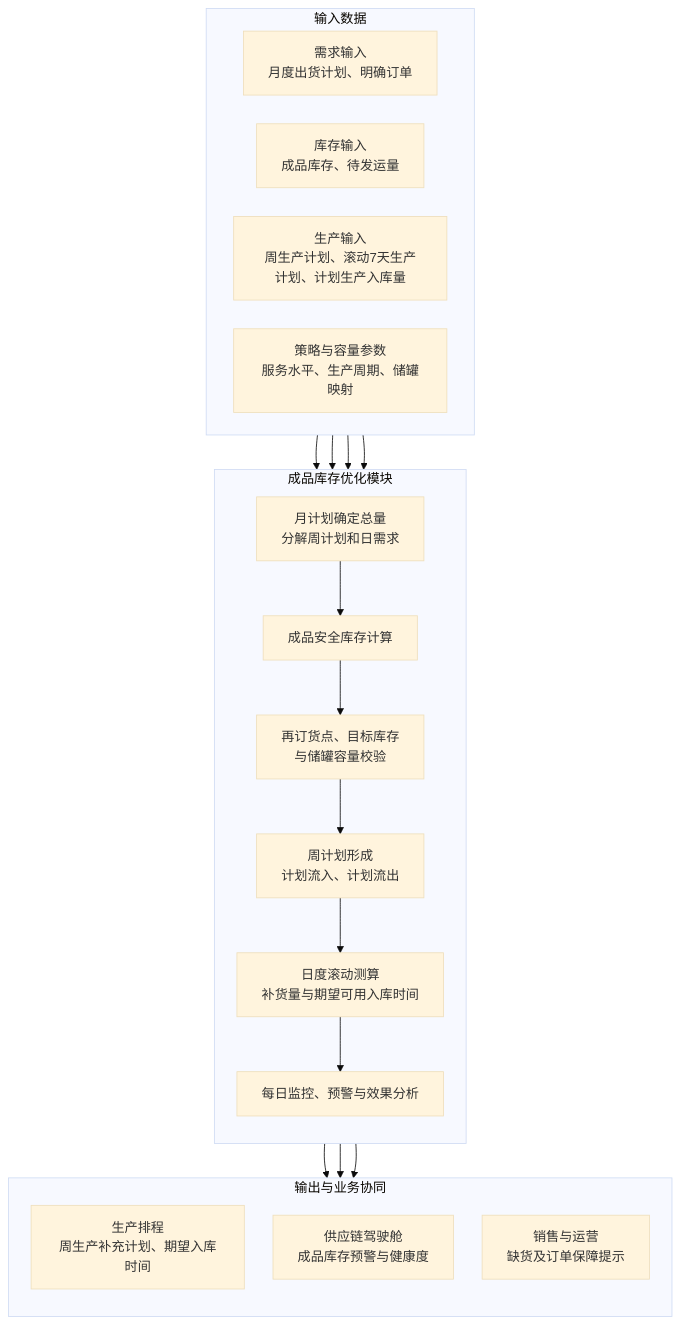
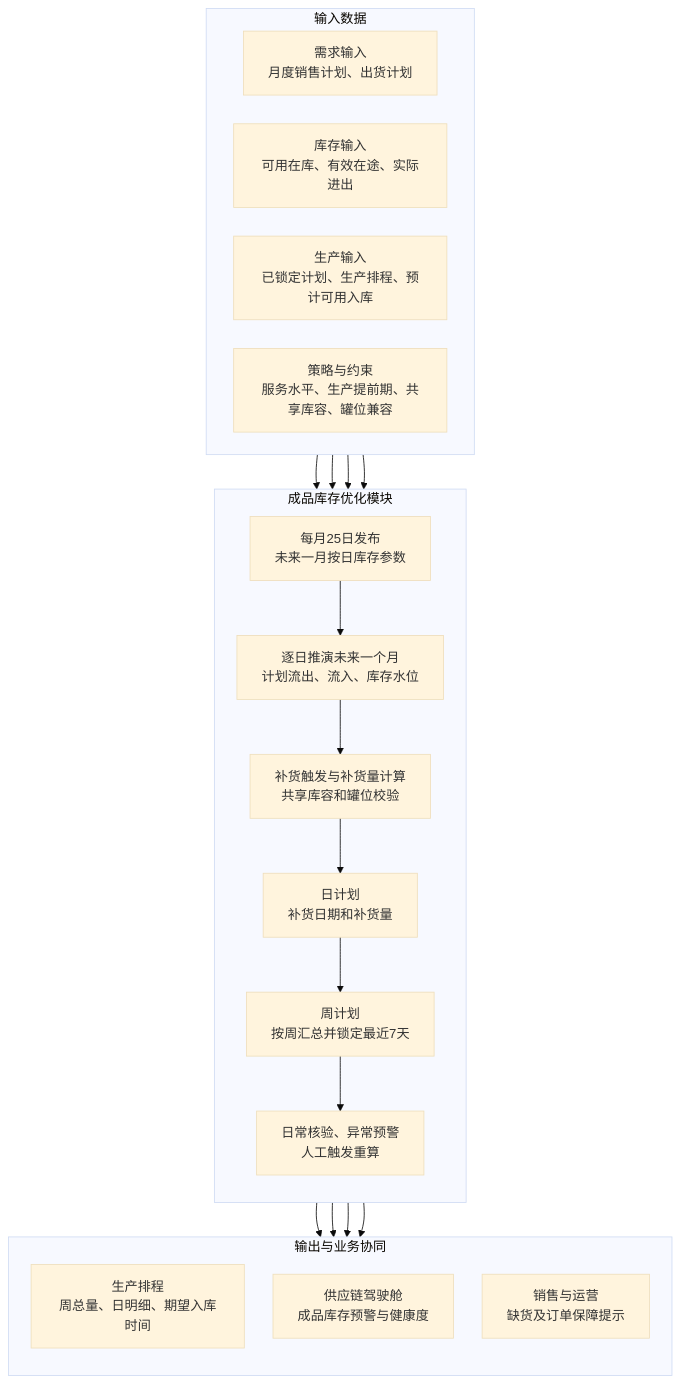
Before and after one commit to DDD71/scos_proj: the diagram in 2-业务蓝图-draft/库存优化模块/库存优化模块技术方案.md, drawn with Mermaid (base theme). The commit also changed other lines of this file and 9 other files, not shown here.

````diff
--- a/2-业务蓝图-draft/库存优化模块/库存优化模块技术方案.md
+++ b/2-业务蓝图-draft/库存优化模块/库存优化模块技术方案.md
@@ -22,36 +22,37 @@
 ```mermaid
 %%{init: {"flowchart": {"curve": "basis", "nodeSpacing": 35, "rankSpacing": 42}}}%%
 flowchart TB
     subgraph INPUT["输入数据"]
         direction LR
-        A["需求输入<br/>月度出货计划、明确订单"]
-        B["库存输入<br/>成品库存、待发运量"]
-        C["生产输入<br/>周生产计划、滚动7天生产计划、计划生产入库量"]
-        D["策略与容量参数<br/>服务水平、生产周期、储罐映射"]
+        A["需求输入<br/>月度销售计划、出货计划"]
+        B["库存输入<br/>可用在库、有效在途、实际进出"]
+        C["生产输入<br/>已锁定计划、生产排程、预计可用入库"]
+        D["策略与约束<br/>服务水平、生产提前期、共享库容、罐位兼容"]
     end
 
     subgraph INVENTORY["成品库存优化模块"]
         direction TB
-        E["月计划确定总量<br/>分解周计划和日需求"] --> F["成品安全库存计算"]
-        F --> G["再订货点、目标库存<br/>与储罐容量校验"]
-        G --> H["周计划形成<br/>计划流入、计划流出"]
-        H --> I["日度滚动测算<br/>补货量与期望可用入库时间"]
-        I --> J["每日监控、预警与效果分析"]
+        E["每月25日发布<br/>未来一月按日库存参数"] --> F["逐日推演未来一个月<br/>计划流出、流入、库存水位"]
+        F --> G["补货触发与补货量计算<br/>共享库容和罐位校验"]
+        G --> H["日计划<br/>补货日期和补货量"]
+        H --> I["周计划<br/>按周汇总并锁定最近7天"]
+        I --> J["日常核验、异常预警<br/>人工触发重算"]
     end
 
     A --> E
     B --> F
     C --> F
     D --> F
 
     subgraph OUTPUT["输出与业务协同"]
         direction TB
-        K["生产排程<br/>周生产补充计划、期望入库时间"]
+        K["生产排程<br/>周总量、日明细、期望入库时间"]
         L["供应链驾驶舱<br/>成品库存预警与健康度"]
         M["销售与运营<br/>缺货及订单保障提示"]
     end
 
+    H --> K
     I --> K
     J --> M
     J --> L
 ```
````
